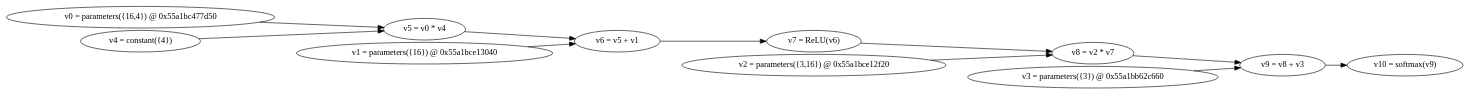
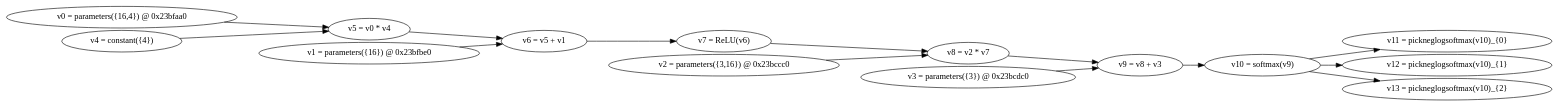
One commit to harumo11/dynet_start changed the diagram in iris/graph.dot. Above: the diagram before and after it, drawn with Graphviz. The commit also changed 4 other files, not shown here.

```diff
--- a/iris/graph.dot
+++ b/iris/graph.dot
@@ -1,25 +1,31 @@
 digraph G {
   rankdir=LR;
   nodesep=.05;
-  N0 [label="v0 = parameters({16,4}) @ 0x55a1bc477d50"];
-  N1 [label="v1 = parameters({16}) @ 0x55a1bce13040"];
-  N2 [label="v2 = parameters({3,16}) @ 0x55a1bce12f20"];
-  N3 [label="v3 = parameters({3}) @ 0x55a1bb62c660"];
+  N0 [label="v0 = parameters({16,4}) @ 0x23bfaa0"];
+  N1 [label="v1 = parameters({16}) @ 0x23bfbe0"];
+  N2 [label="v2 = parameters({3,16}) @ 0x23bccc0"];
+  N3 [label="v3 = parameters({3}) @ 0x23bcdc0"];
   N4 [label="v4 = constant({4})"];
   N5 [label="v5 = v0 * v4"];
   N0 -> N5;
   N4 -> N5;
   N6 [label="v6 = v5 + v1"];
   N5 -> N6;
   N1 -> N6;
   N7 [label="v7 = ReLU(v6)"];
   N6 -> N7;
   N8 [label="v8 = v2 * v7"];
   N2 -> N8;
   N7 -> N8;
   N9 [label="v9 = v8 + v3"];
   N8 -> N9;
   N3 -> N9;
   N10 [label="v10 = softmax(v9)"];
   N9 -> N10;
+  N11 [label="v11 = pickneglogsoftmax(v10)_{0}"];
+  N10 -> N11;
+  N12 [label="v12 = pickneglogsoftmax(v10)_{1}"];
+  N10 -> N12;
+  N13 [label="v13 = pickneglogsoftmax(v10)_{2}"];
+  N10 -> N13;
 }
```
